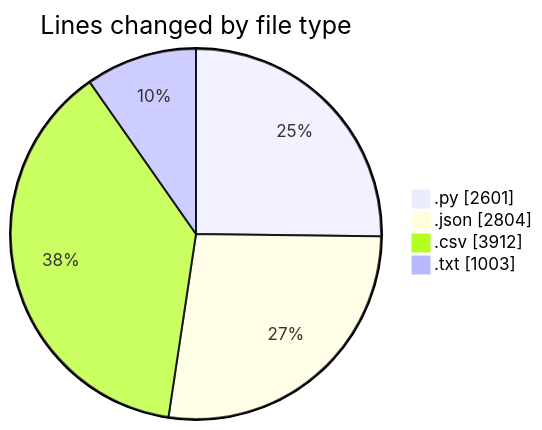
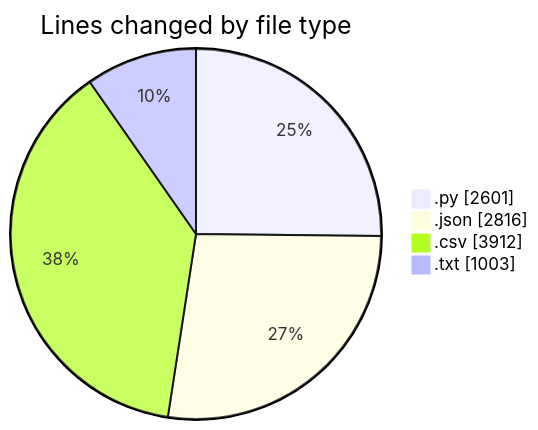
Before and after one commit to EIIisD/code-tracking: the first of 2 diagrams in 2025-07-28/refunds/README.md, drawn with Mermaid. The commit also changed other lines of this file and 1 other file, not shown here.

````diff
--- a/2025-07-28/refunds/README.md
+++ b/2025-07-28/refunds/README.md
@@ -29,8 +29,8 @@
 ```mermaid
 pie showData
 title Lines changed by file type
 ".py" : 2601
-".json" : 2804
+".json" : 2816
 ".csv" : 3912
 ".txt" : 1003
 ```
````
